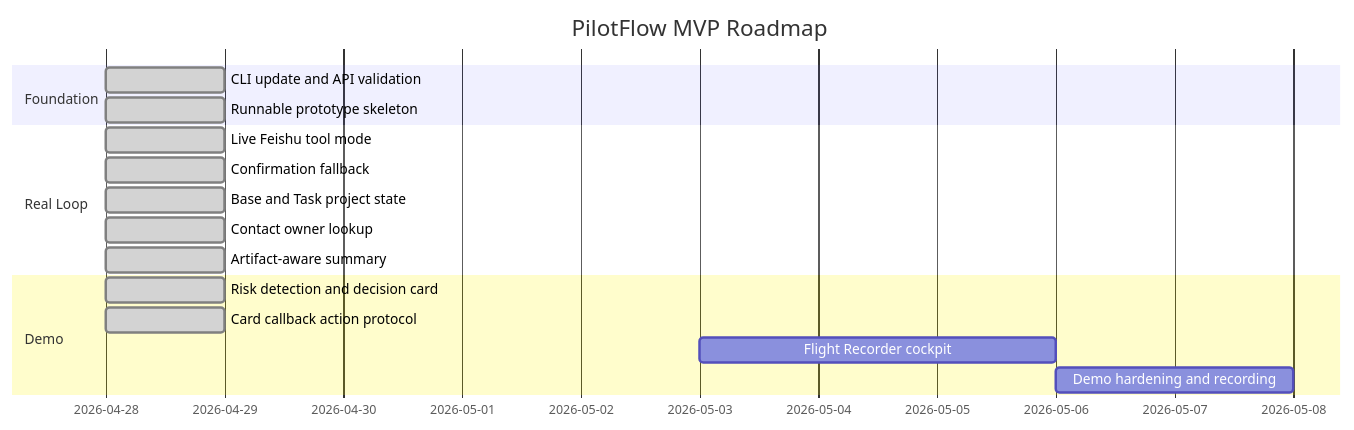
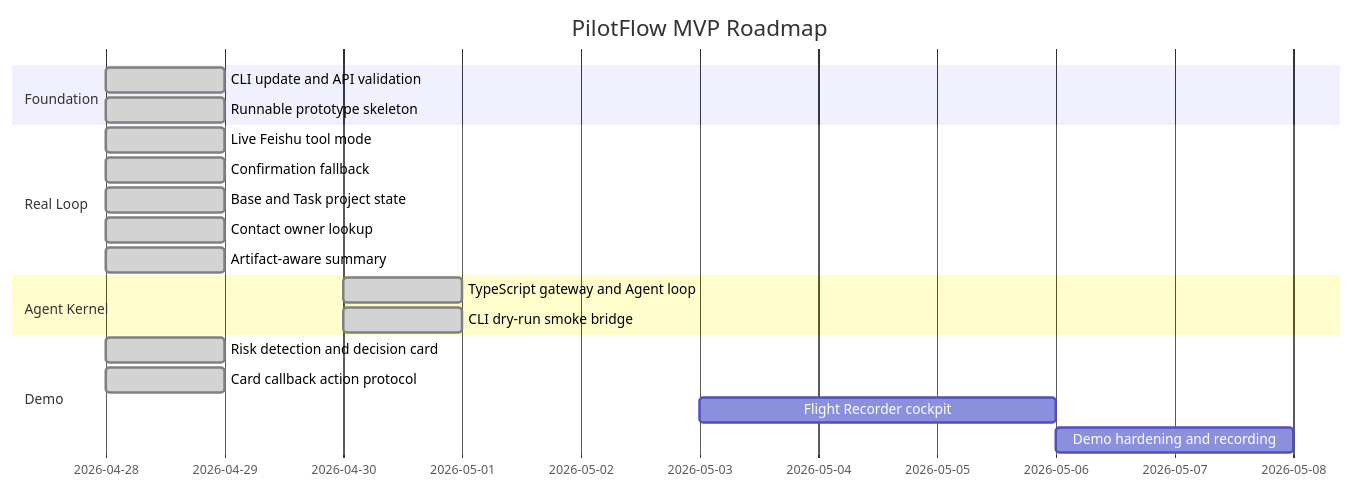
One commit to DeliciousBuding/pilot-flow changed the fourth of 4 diagrams in README.md. Above: the diagram before and after it, drawn with Mermaid. The commit also changed other lines of this file and 10 other files, not shown here.

Commit message:
feat: add TypeScript agent smoke bridge

````diff
--- a/README.md
+++ b/README.md
@@ -241,19 +242,22 @@
 ```mermaid
 gantt
     title PilotFlow MVP Roadmap
     dateFormat  YYYY-MM-DD
     section Foundation
     CLI update and API validation        :done,    a1, 2026-04-28, 1d
     Runnable prototype skeleton          :done,    a2, 2026-04-28, 1d
     section Real Loop
     Live Feishu tool mode                :done,    b1, 2026-04-28, 1d
     Confirmation fallback                :done,    b2, 2026-04-28, 1d
     Base and Task project state          :done,    b3, 2026-04-28, 1d
     Contact owner lookup                 :done,    b4, 2026-04-28, 1d
     Artifact-aware summary               :done,    b5, 2026-04-28, 1d
+    section Agent Kernel
+    TypeScript gateway and Agent loop    :done,    k1, 2026-04-30, 1d
+    CLI dry-run smoke bridge             :done,    k2, 2026-04-30, 1d
     section Demo
     Risk detection and decision card     :done,    c1, 2026-04-28, 1d
     Card callback action protocol        :done,    c2, 2026-04-28, 1d
     Flight Recorder cockpit              :         c3, 2026-05-03, 3d
     Demo hardening and recording         :         c4, 2026-05-06, 2d
 ```
````
